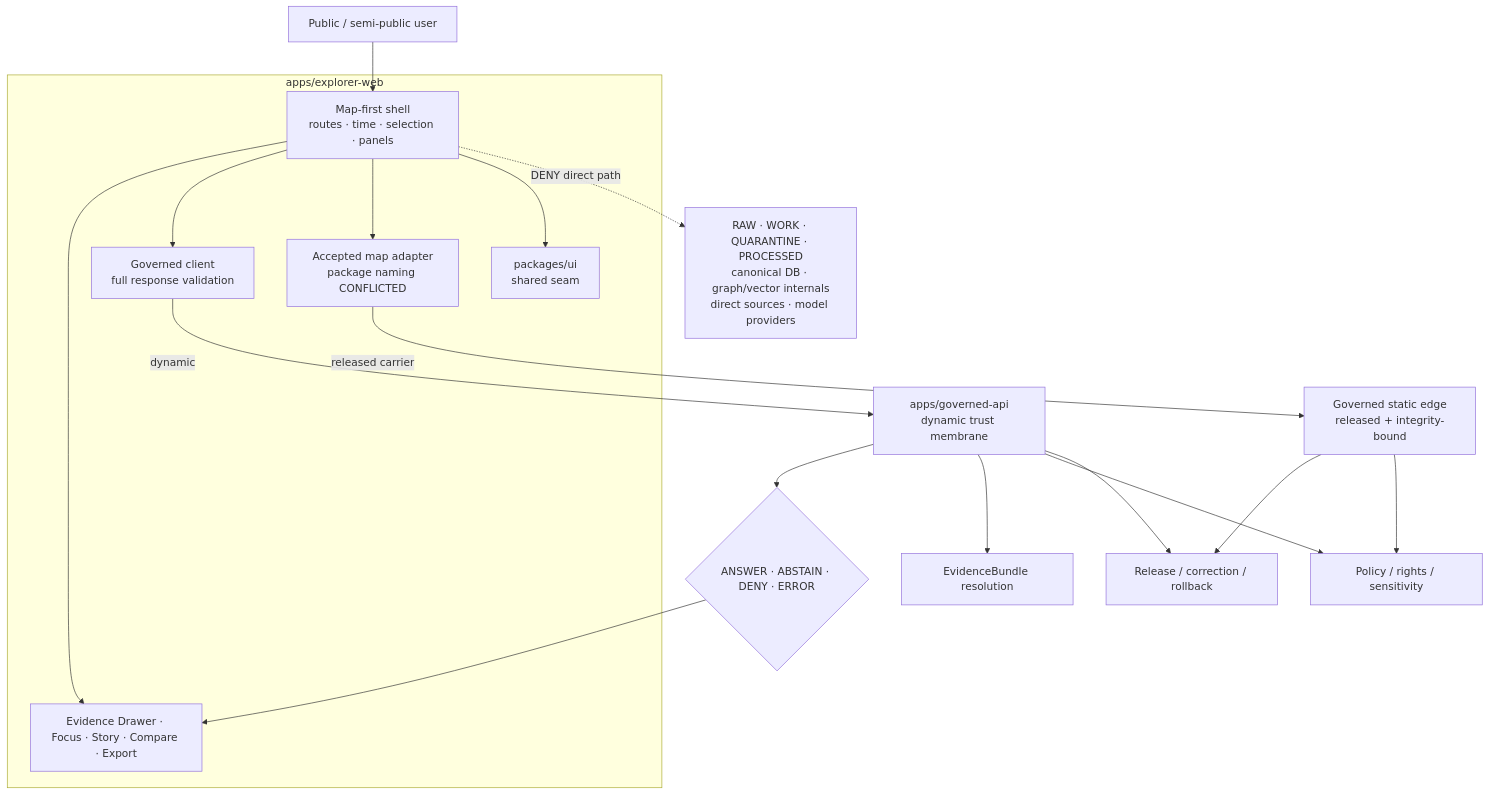
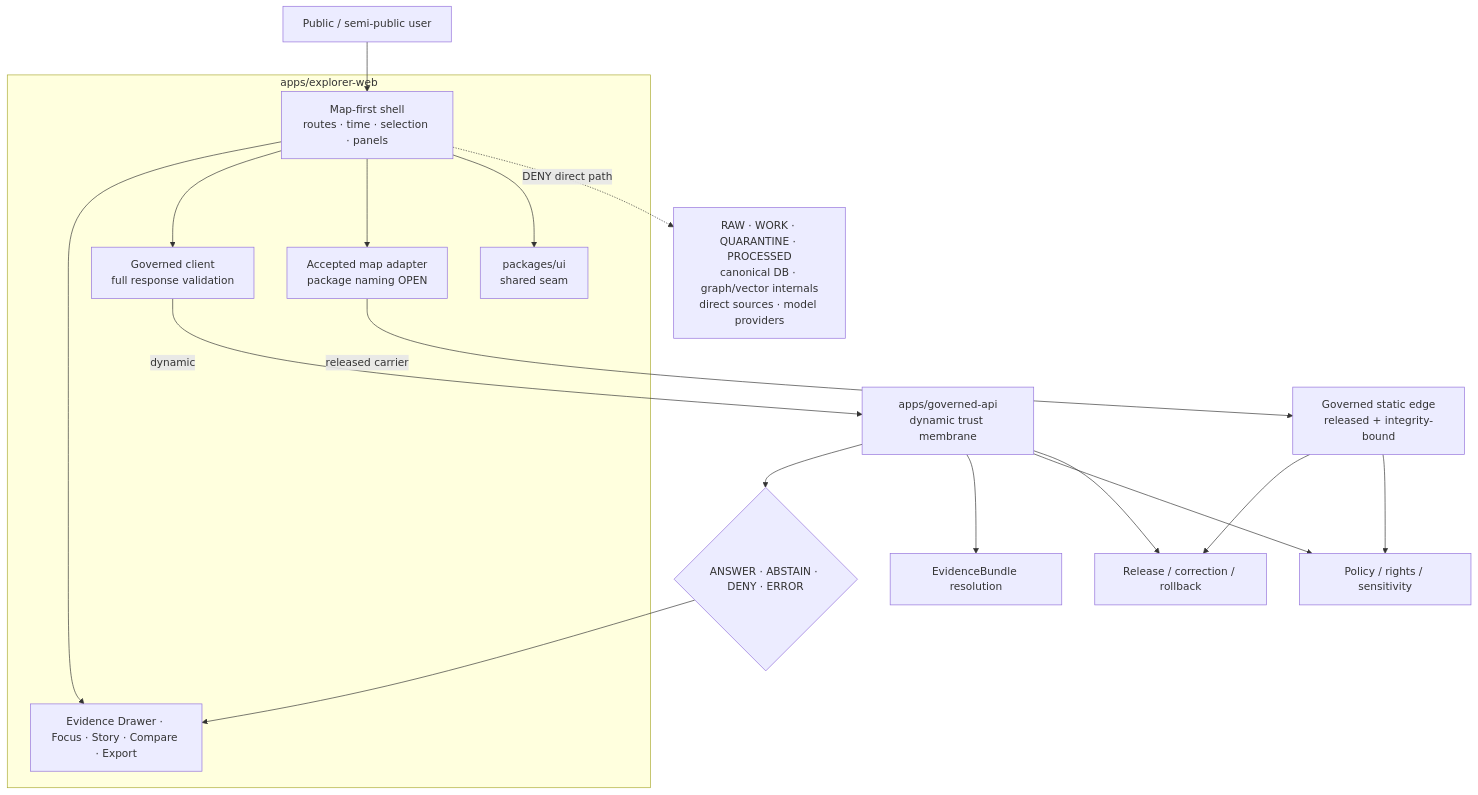
Before and after one commit to bartytime4life/Kansas-Frontier-Matrix: the diagram in docs/adr/ADR-0005-apps-explorer-web-is-the-canonical-map-first-shell.md, drawn with Mermaid. The commit also changed other lines of this file, not shown here.

````diff
--- a/docs/adr/ADR-0005-apps-explorer-web-is-the-canonical-map-first-shell.md
+++ b/docs/adr/ADR-0005-apps-explorer-web-is-the-canonical-map-first-shell.md
@@ -238,33 +258,33 @@
 ```mermaid
 flowchart TB
     USER["Public / semi-public user"]
     subgraph BROWSER["apps/explorer-web"]
       SHELL["Map-first shell<br/>routes · time · selection · panels"]
       VIEW["Evidence Drawer · Focus · Story · Compare · Export"]
       CLIENT["Governed client<br/>full response validation"]
-      ADAPTER["Accepted map adapter<br/>package naming CONFLICTED"]
+      ADAPTER["Accepted map adapter<br/>package naming OPEN"]
       UI["packages/ui<br/>shared seam"]
       SHELL --> VIEW
       SHELL --> CLIENT
       SHELL --> ADAPTER
       SHELL --> UI
     end
     API["apps/governed-api<br/>dynamic trust membrane"]
     STATIC["Governed static edge<br/>released + integrity-bound"]
     ENVELOPE{"ANSWER · ABSTAIN · DENY · ERROR"}
     RELEASE["Release / correction / rollback"]
     EVIDENCE["EvidenceBundle resolution"]
     POLICY["Policy / rights / sensitivity"]
     FORBIDDEN["RAW · WORK · QUARANTINE · PROCESSED<br/>canonical DB · graph/vector internals<br/>direct sources · model providers"]
     USER --> SHELL
     CLIENT -->|dynamic| API
     ADAPTER -->|released carrier| STATIC
     API --> ENVELOPE
     API --> EVIDENCE
     API --> POLICY
     API --> RELEASE
     STATIC --> RELEASE
     STATIC --> POLICY
     ENVELOPE --> VIEW
     SHELL -. "DENY direct path" .-> FORBIDDEN
 ```
````
